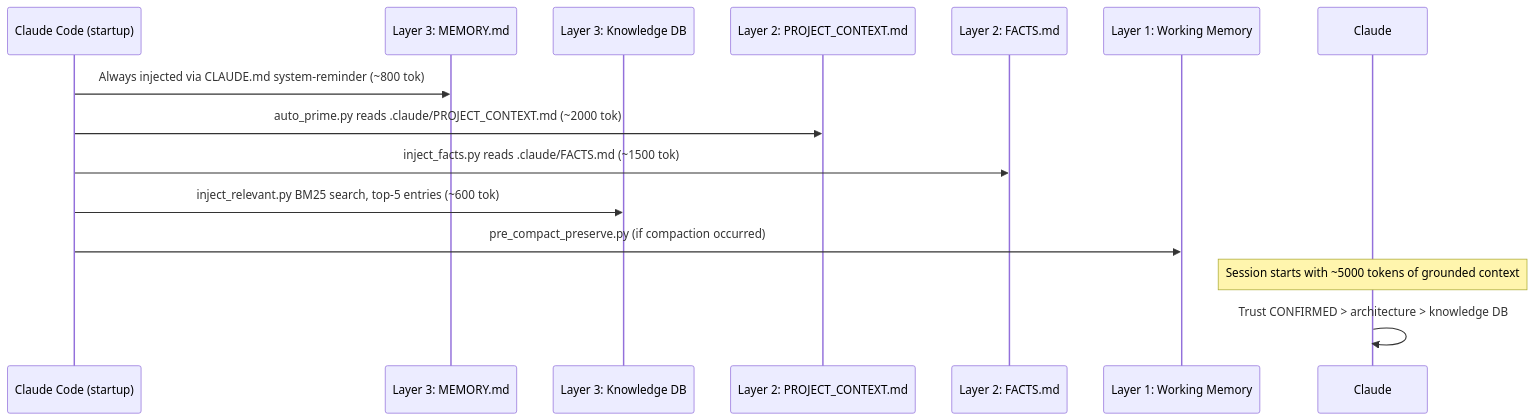
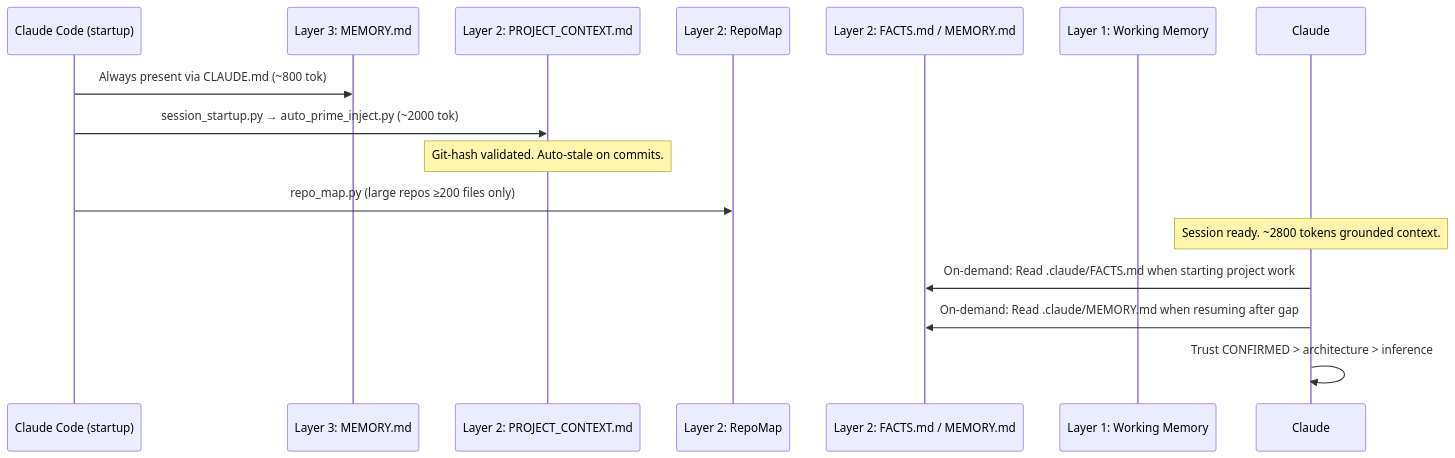
Before and after one commit to abujiletsgo/claude-agentic-framework: the second of 8 diagrams in docs/MEMORY_ARCHITECTURE.md, drawn with Mermaid. The commit also changed other lines of this file and 3 other files, not shown here.

First line of the commit message:
docs: update memory system diagrams to reflect on-demand episodic memory

````diff
--- a/docs/MEMORY_ARCHITECTURE.md
+++ b/docs/MEMORY_ARCHITECTURE.md
@@ -100,18 +109,19 @@
 ```mermaid
 sequenceDiagram
     participant H as Claude Code (startup)
     participant L3g as Layer 3: MEMORY.md
-    participant L3k as Layer 3: Knowledge DB
     participant L2p as Layer 2: PROJECT_CONTEXT.md
-    participant L2f as Layer 2: FACTS.md
+    participant L2rm as Layer 2: RepoMap
+    participant L2od as Layer 2: FACTS.md / MEMORY.md
     participant L1 as Layer 1: Working Memory
     participant C as Claude
 
-    H->>L3g: Always injected via CLAUDE.md system-reminder (~800 tok)
-    H->>L2p: auto_prime.py reads .claude/PROJECT_CONTEXT.md (~2000 tok)
-    H->>L2f: inject_facts.py reads .claude/FACTS.md (~1500 tok)
-    H->>L3k: inject_relevant.py BM25 search, top-5 entries (~600 tok)
-    H->>L1: pre_compact_preserve.py (if compaction occurred)
-    Note over C: Session starts with ~5000 tokens of grounded context
-    C->>C: Trust CONFIRMED > architecture > knowledge DB
+    H->>L3g: Always present via CLAUDE.md (~800 tok)
+    H->>L2p: session_startup.py → auto_prime_inject.py (~2000 tok)
+    Note over L2p: Git-hash validated. Auto-stale on commits.
+    H->>L2rm: repo_map.py (large repos ≥200 files only)
+    Note over C: Session ready. ~2800 tokens grounded context.
+    C->>L2od: On-demand: Read .claude/FACTS.md when starting project work
+    C->>L2od: On-demand: Read .claude/MEMORY.md when resuming after gap
+    C->>C: Trust CONFIRMED > architecture > inference
 ```
````
